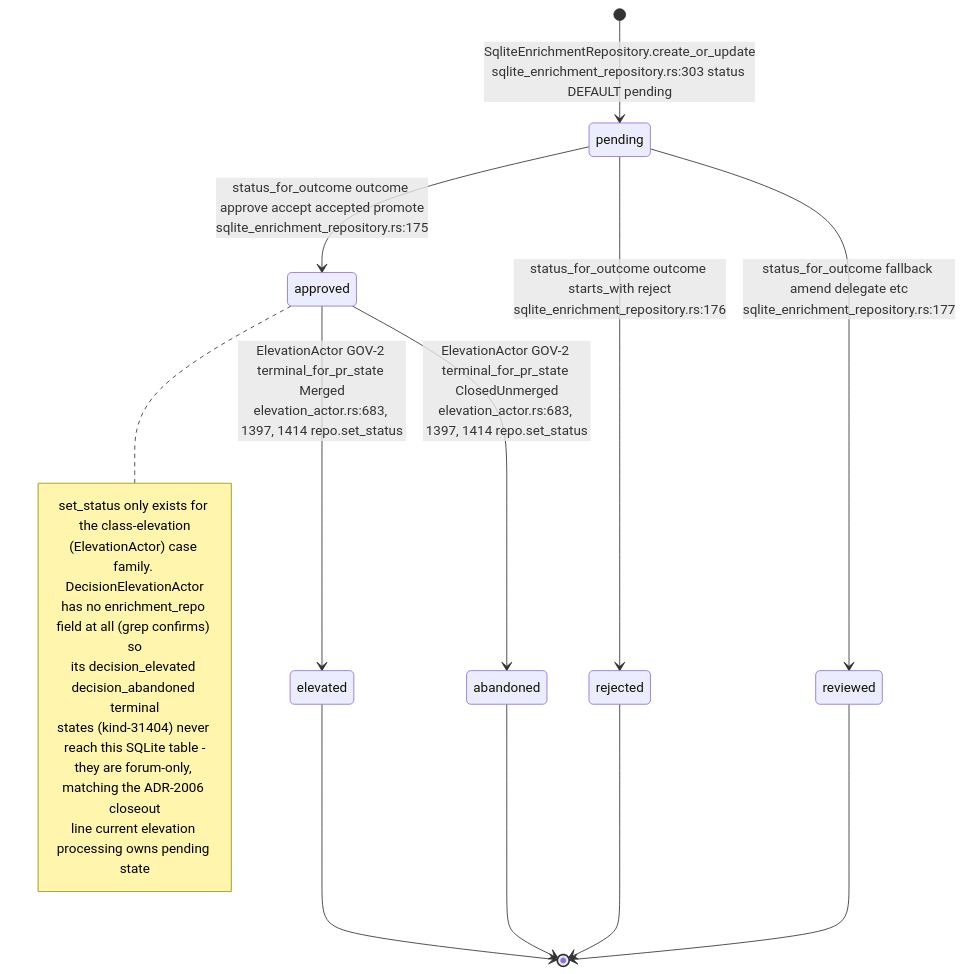
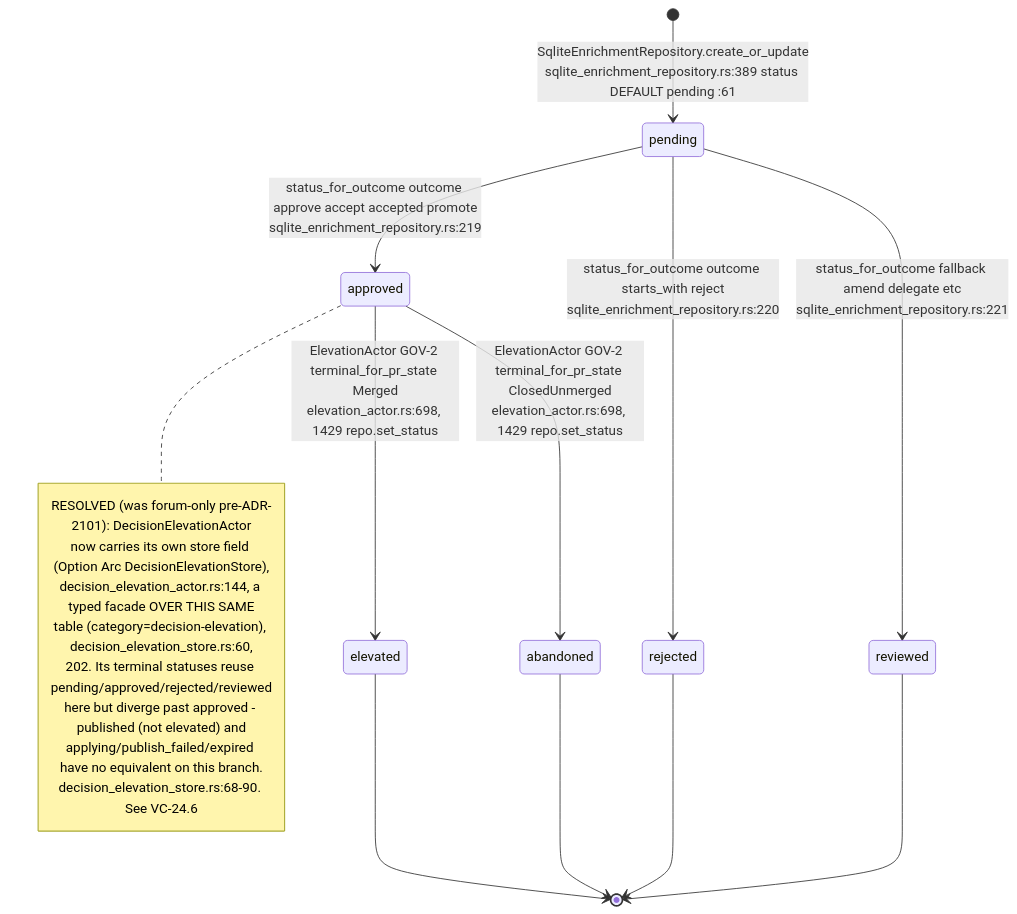
One commit to DreamLab-AI/VisionFlow changed the first of 11 diagrams in docs/diagrams/visionclaw/24-acsp-decision-elevation.md. Above: the diagram before and after it, drawn with Mermaid. The commit also changed other lines of this file and 136 other files, not shown here.

First line of the commit message:
docs(diagrams): refresh the whole corpus to code HEAD and prune low-value diagrams

````diff
--- a/docs/diagrams/visionclaw/24-acsp-decision-elevation.md
+++ b/docs/diagrams/visionclaw/24-acsp-decision-elevation.md
@@ -43,22 +39,23 @@
 ```mermaid
 stateDiagram-v2
-    [*] --> pending: SqliteEnrichmentRepository.create_or_update<br/>sqlite_enrichment_repository.rs:303 status DEFAULT pending
-    pending --> approved: status_for_outcome outcome approve accept accepted promote<br/>sqlite_enrichment_repository.rs:175
-    pending --> rejected: status_for_outcome outcome starts_with reject<br/>sqlite_enrichment_repository.rs:176
-    pending --> reviewed: status_for_outcome fallback amend delegate etc<br/>sqlite_enrichment_repository.rs:177
-    approved --> elevated: ElevationActor GOV-2 terminal_for_pr_state Merged<br/>elevation_actor.rs:683, 1397, 1414 repo.set_status
-    approved --> abandoned: ElevationActor GOV-2 terminal_for_pr_state ClosedUnmerged<br/>elevation_actor.rs:683, 1397, 1414 repo.set_status
+    [*] --> pending: SqliteEnrichmentRepository.create_or_update<br/>sqlite_enrichment_repository.rs:389 status DEFAULT pending :61
+    pending --> approved: status_for_outcome outcome approve accept accepted promote<br/>sqlite_enrichment_repository.rs:219
+    pending --> rejected: status_for_outcome outcome starts_with reject<br/>sqlite_enrichment_repository.rs:220
+    pending --> reviewed: status_for_outcome fallback amend delegate etc<br/>sqlite_enrichment_repository.rs:221
+    approved --> elevated: ElevationActor GOV-2 terminal_for_pr_state Merged<br/>elevation_actor.rs:698, 1429 repo.set_status
+    approved --> abandoned: ElevationActor GOV-2 terminal_for_pr_state ClosedUnmerged<br/>elevation_actor.rs:698, 1429 repo.set_status
     elevated --> [*]
     abandoned --> [*]
     rejected --> [*]
     reviewed --> [*]
     note right of approved
-      set_status only exists for the class-elevation
-      (ElevationActor) case family. DecisionElevationActor
-      has no enrichment_repo field at all (grep confirms) so
-      its decision_elevated decision_abandoned terminal
-      states (kind-31404) never reach this SQLite table -
-      they are forum-only, matching the ADR-2006 closeout
-      line current elevation processing owns pending state
+      RESOLVED (was forum-only pre-ADR-2101): DecisionElevationActor
+      now carries its own store field (Option Arc DecisionElevationStore),
+      decision_elevation_actor.rs:144, a typed facade OVER THIS SAME
+      table (category=decision-elevation), decision_elevation_store.rs:60,
+      202. Its terminal statuses reuse pending/approved/rejected/reviewed
+      here but diverge past approved - published (not elevated) and
+      applying/publish_failed/expired have no equivalent on this branch.
+      decision_elevation_store.rs:68-90. See VC-24.6
     end note
 ```
````
